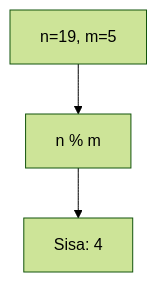
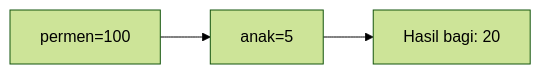
Before and after one commit to amnahwaida/OSNK_INF_PREP: diagram 16 of 25 in part-c-pemahaman-cpp/01-tipe-data/latihan/set-12.md, drawn with Mermaid (forest theme). The commit also changed other lines of this file and 71 other files, not shown here.

````diff
--- a/part-c-pemahaman-cpp/01-tipe-data/latihan/set-12.md
+++ b/part-c-pemahaman-cpp/01-tipe-data/latihan/set-12.md
@@ -430,5 +449,5 @@
 ```mermaid
-graph TD
-A["n=19, m=5"] --> B["n % m"]
-B --> C["Sisa: 4"]
+graph LR
+A["permen=100"] --> B["anak=5"]
+B --> C["Hasil bagi: 20"]
 ```
````
